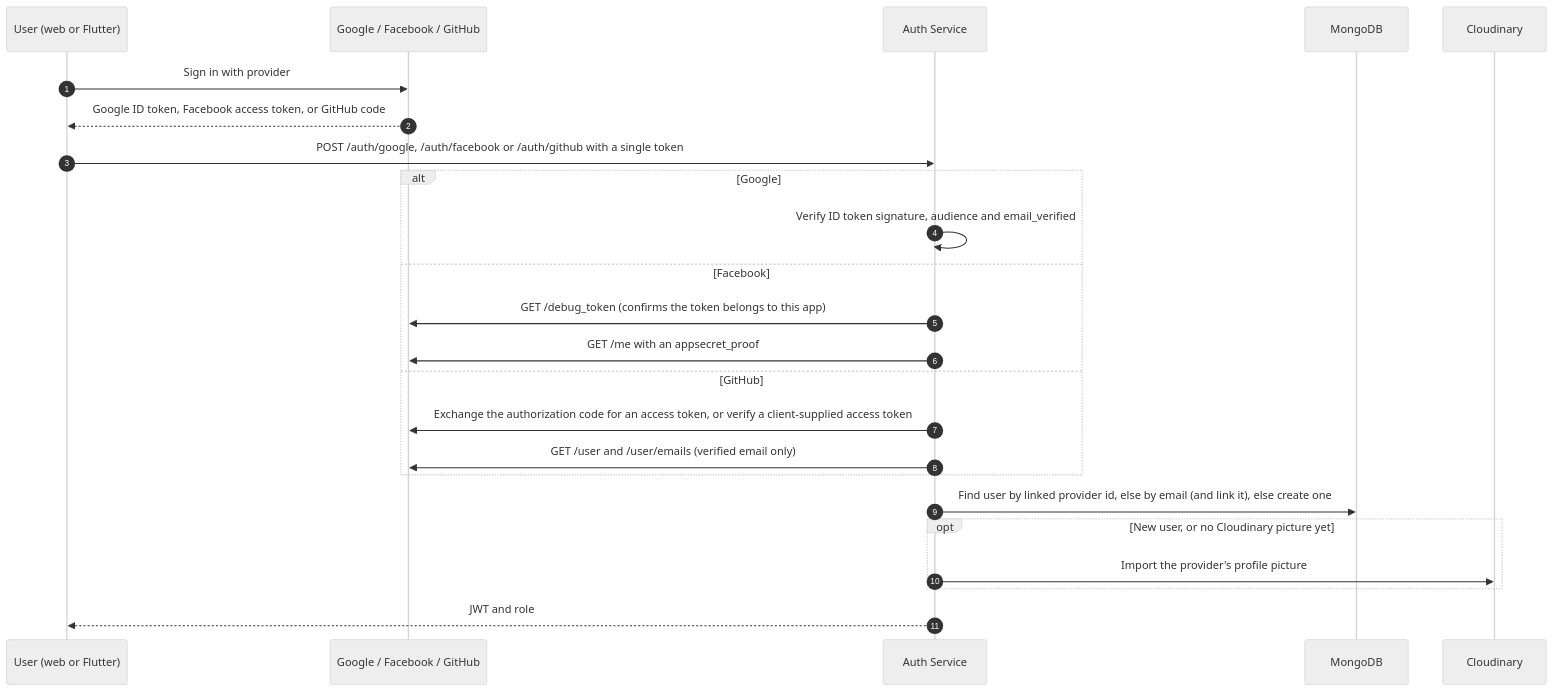
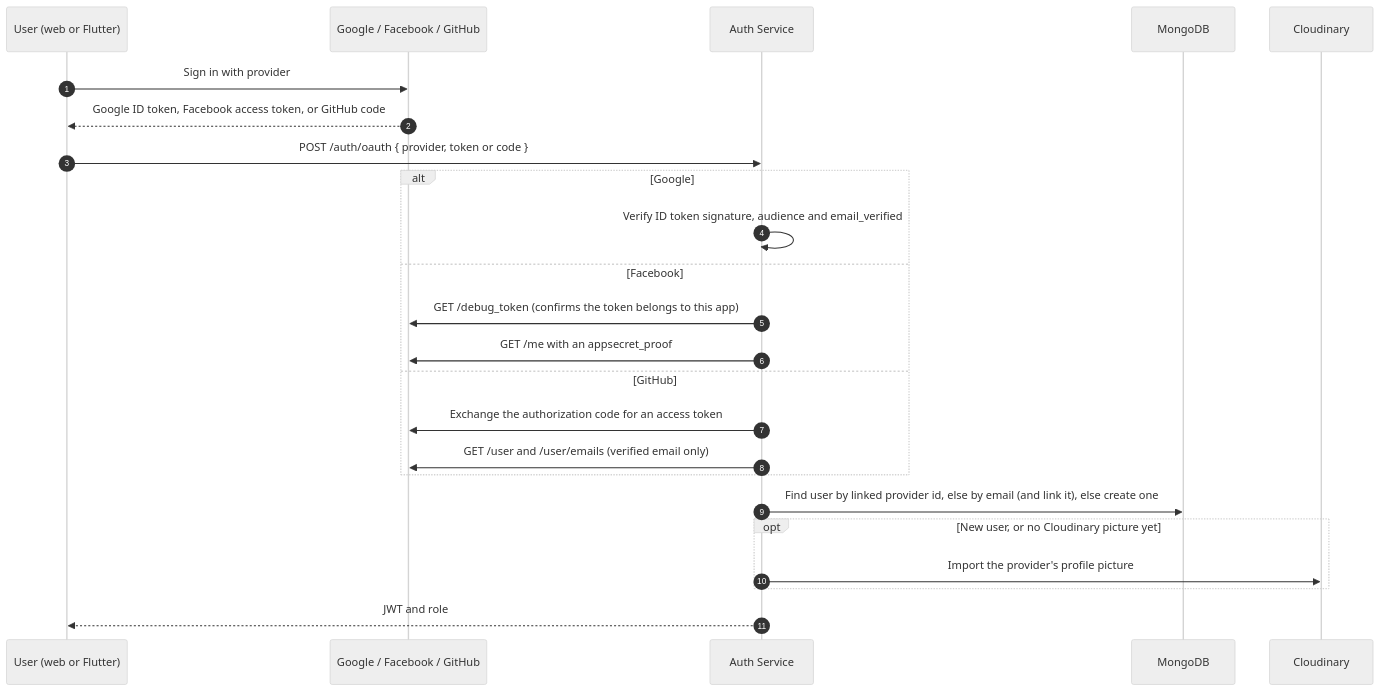
One commit to peacemakerbill/premisave_auth_service changed the third of 3 diagrams in README.md. Above: the diagram before and after it, drawn with Mermaid (neutral theme). The commit also changed other lines of this file and 11 other files, not shown here.

````diff
--- a/README.md
+++ b/README.md
@@ -202,27 +197,27 @@
 ```mermaid
 sequenceDiagram
     autonumber
     participant U as User (web or Flutter)
     participant P as Google / Facebook / GitHub
     participant AS as Auth Service
     participant DB as MongoDB
     participant C as Cloudinary
 
     U->>P: Sign in with provider
     P-->>U: Google ID token, Facebook access token, or GitHub code
-    U->>AS: POST /auth/google, /auth/facebook or /auth/github with a single token
+    U->>AS: POST /auth/oauth { provider, token or code }
     alt Google
         AS->>AS: Verify ID token signature, audience and email_verified
     else Facebook
         AS->>P: GET /debug_token (confirms the token belongs to this app)
         AS->>P: GET /me with an appsecret_proof
     else GitHub
-        AS->>P: Exchange the authorization code for an access token, or verify a client-supplied access token
+        AS->>P: Exchange the authorization code for an access token
         AS->>P: GET /user and /user/emails (verified email only)
     end
     AS->>DB: Find user by linked provider id, else by email (and link it), else create one
     opt New user, or no Cloudinary picture yet
         AS->>C: Import the provider's profile picture
     end
     AS-->>U: JWT and role
 ```
````
